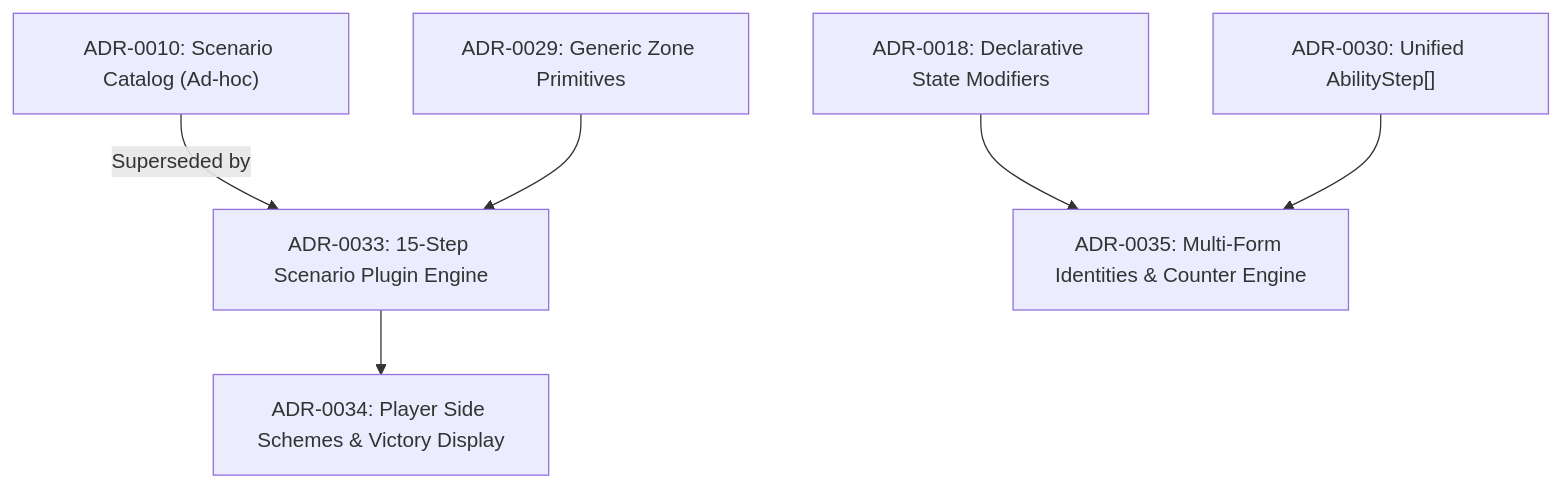
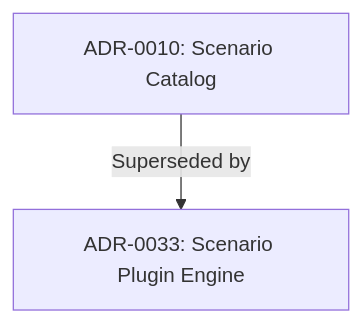
One commit to SteveRodrigue/MCD changed the third of 5 diagrams in docs/decisions/README.md. Above: the diagram before and after it, drawn with Mermaid. The commit also changed other lines of this file and 2 other files, not shown here.

Commit message:
docs(decisions): align ADR lineage and spec status

````diff
--- a/docs/decisions/README.md
+++ b/docs/decisions/README.md
@@ -78,8 +44,4 @@
 ```mermaid
 graph TD
-    ADR10["ADR-0010: Scenario Catalog (Ad-hoc)"] -->|Superseded by| ADR33["ADR-0033: 15-Step Scenario Plugin Engine"]
-    ADR29["ADR-0029: Generic Zone Primitives"] --> ADR33
-    ADR33 --> ADR34["ADR-0034: Player Side Schemes & Victory Display"]
-    ADR18["ADR-0018: Declarative State Modifiers"] --> ADR35["ADR-0035: Multi-Form Identities & Counter Engine"]
-    ADR30["ADR-0030: Unified AbilityStep[]"] --> ADR35
+    ADR10["ADR-0010: Scenario Catalog"] -->|Superseded by| ADR33["ADR-0033: Scenario Plugin Engine"]
 ```
````
